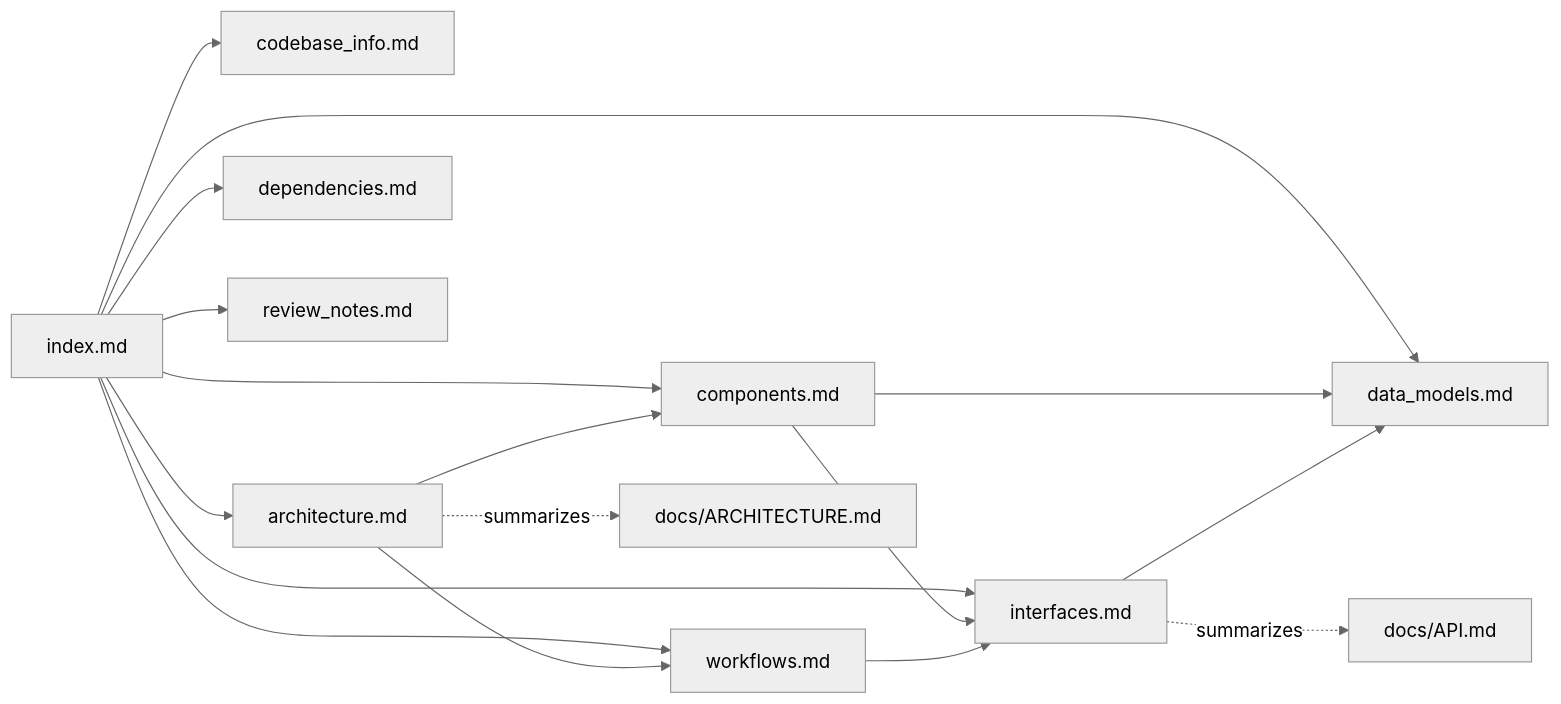
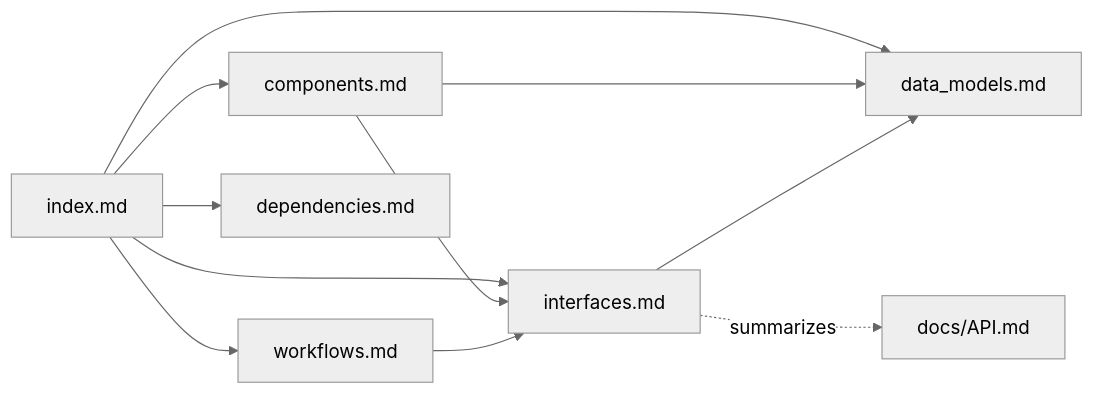
Before and after one commit to tarkovtracker-org/TarkovTracker: the diagram in docs/agent-context/summary/index.md, drawn with Mermaid (neutral theme). The commit also changed other lines of this file and 7 other files, not shown here.

````diff
--- a/docs/agent-context/summary/index.md
+++ b/docs/agent-context/summary/index.md
@@ -62,21 +57,15 @@
 ```mermaid
 graph LR
-    Index[index.md] --> Info[codebase_info.md]
-    Index --> Arch[architecture.md]
-    Index --> Comp[components.md]
+    Index[index.md] --> Comp[components.md]
     Index --> Iface[interfaces.md]
     Index --> Data[data_models.md]
     Index --> Flow[workflows.md]
     Index --> Deps[dependencies.md]
-    Index --> Review[review_notes.md]
 
-    Arch --> Comp
-    Arch --> Flow
     Comp --> Iface
     Comp --> Data
     Iface --> Data
     Flow --> Iface
 
-    Arch -. summarizes .-> ARCH[docs/ARCHITECTURE.md]
     Iface -. summarizes .-> API[docs/API.md]
 ```
````
